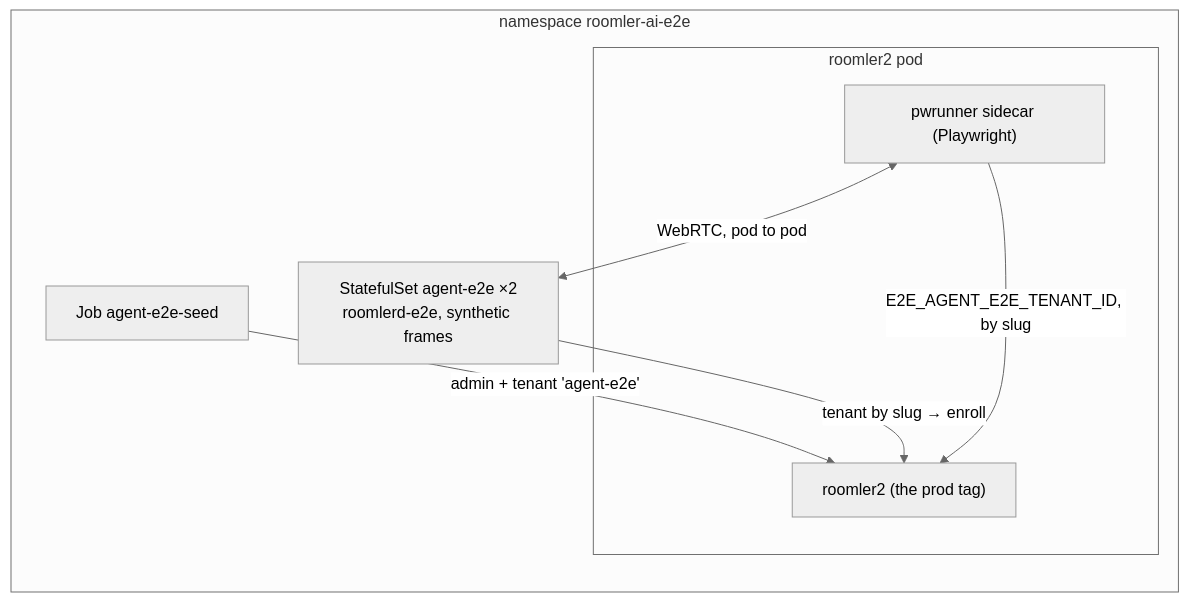
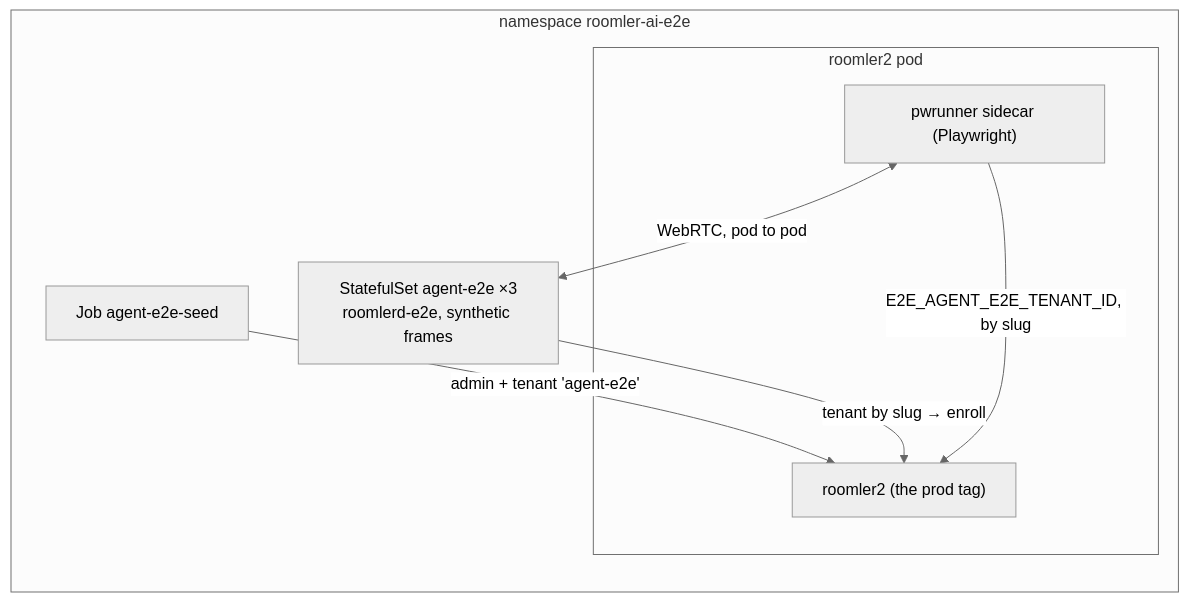
Before and after one commit to gjovanov/roomler-ai: the second of 7 diagrams in docs/testing.md, drawn with Mermaid (neutral theme). The commit also changed other lines of this file and 6 other files, not shown here.

````diff
--- a/docs/testing.md
+++ b/docs/testing.md
@@ -149,15 +149,15 @@
 ```mermaid
 flowchart LR
   subgraph ns["namespace roomler-ai-e2e"]
     subgraph pod["roomler2 pod"]
       app["roomler2 (the prod tag)"]
       pw["pwrunner sidecar (Playwright)"]
     end
     seed["Job agent-e2e-seed"]
-    sts["StatefulSet agent-e2e ×2<br/>roomlerd-e2e, synthetic frames"]
+    sts["StatefulSet agent-e2e ×3<br/>roomlerd-e2e, synthetic frames"]
   end
   seed -->|"admin + tenant 'agent-e2e'"| app
   sts -->|"tenant by slug → enroll"| app
   pw -->|"E2E_AGENT_E2E_TENANT_ID, by slug"| app
   pw <-->|"WebRTC, pod to pod"| sts
 ```
````
